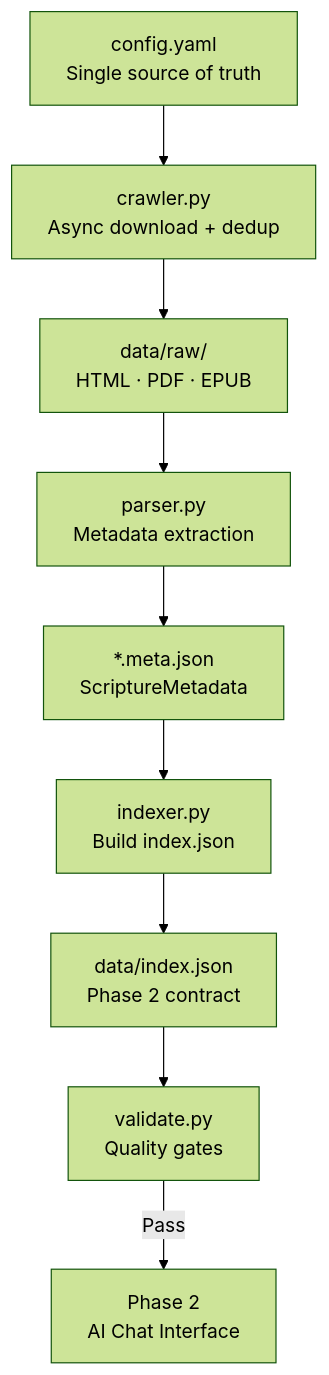
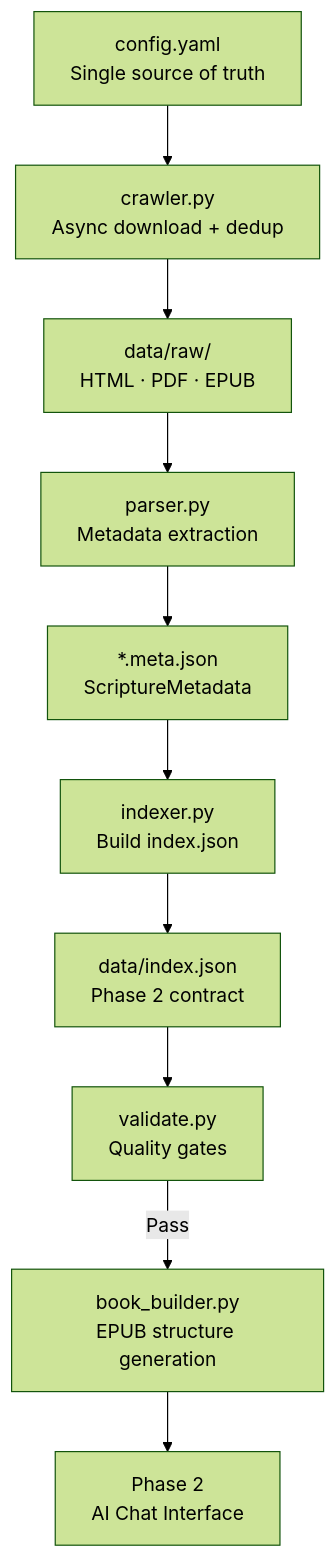
One commit to haicanhdieu/monkai changed the diagram in README.md. Above: the diagram before and after it, drawn with Mermaid (forest theme). The commit also changed other lines of this file and 3 other files, not shown here.

````diff
--- a/README.md
+++ b/README.md
@@ -40,11 +40,12 @@
 ```mermaid
 flowchart TD
     Config[config.yaml\nSingle source of truth] --> Crawler
     Crawler[crawler.py\nAsync download + dedup] --> RawFiles[data/raw/\nHTML · PDF · EPUB]
     RawFiles --> Parser[parser.py\nMetadata extraction]
     Parser --> MetaJSON[*.meta.json\nScriptureMetadata]
     MetaJSON --> Indexer[indexer.py\nBuild index.json]
     Indexer --> IndexFile[data/index.json\nPhase 2 contract]
     IndexFile --> Validator[validate.py\nQuality gates]
-    Validator -->|Pass| Phase2[Phase 2\nAI Chat Interface]
+    Validator -->|Pass| BookBuilder[book_builder.py\nEPUB structure generation]
+    BookBuilder --> Phase2[Phase 2\nAI Chat Interface]
 ```
````
